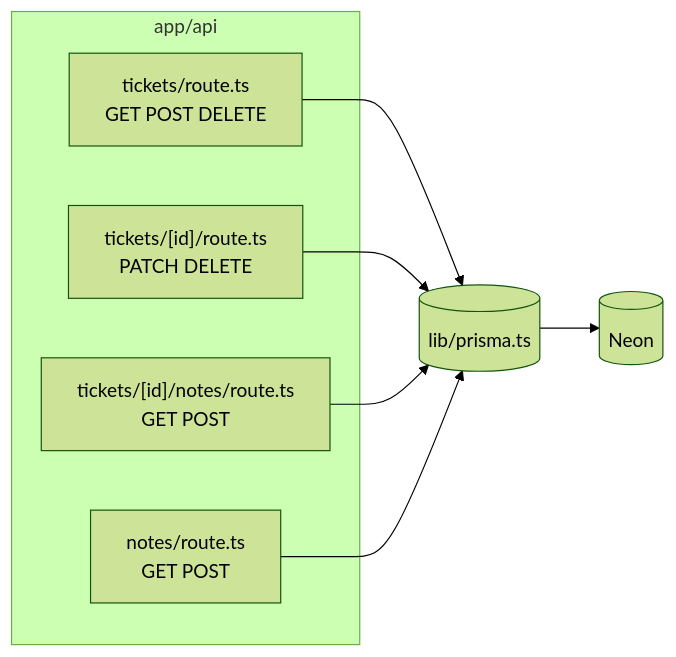
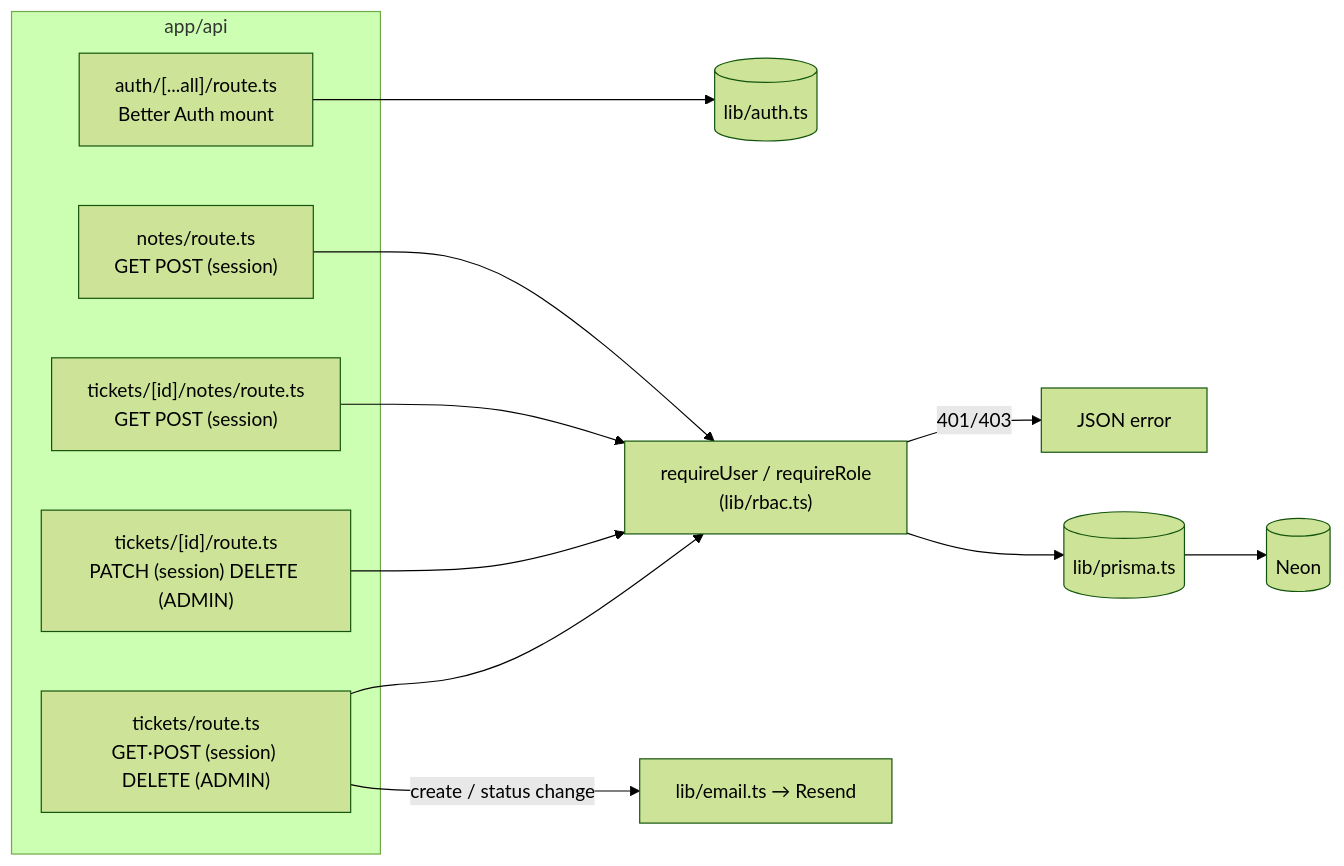
Before and after one commit to greyart93/getic: the seventh of 9 diagrams in ARCHITECTURE.md, drawn with Mermaid (forest theme). The commit also changed other lines of this file and 106 other files, not shown here.

Commit message:
Added auth. landing page, organization, and roles, email notification.

````diff
--- a/ARCHITECTURE.md
+++ b/ARCHITECTURE.md
@@ -211,14 +289,19 @@
 ```mermaid
 flowchart LR
     subgraph app/api
-        T1["tickets/route.ts<br/>GET POST DELETE"]
-        T2["tickets/[id]/route.ts<br/>PATCH DELETE"]
-        N1["tickets/[id]/notes/route.ts<br/>GET POST"]
-        N2["notes/route.ts<br/>GET POST"]
+        A1["auth/[...all]/route.ts<br/>Better Auth mount"]
+        T1["tickets/route.ts<br/>GET·POST (session) DELETE (ADMIN)"]
+        T2["tickets/[id]/route.ts<br/>PATCH (session) DELETE (ADMIN)"]
+        N1["tickets/[id]/notes/route.ts<br/>GET POST (session)"]
+        N2["notes/route.ts<br/>GET POST (session)"]
     end
-    T1 --> P[("lib/prisma.ts")]
-    T2 --> P
-    N1 --> P
-    N2 --> P
+    A1 --> AUTH[("lib/auth.ts")]
+    T1 --> G["requireUser / requireRole<br/>(lib/rbac.ts)"]
+    T2 --> G
+    N1 --> G
+    N2 --> G
+    G -- "401/403" --> X["JSON error"]
+    G --> P[("lib/prisma.ts")]
+    T1 -- "create / status change" --> E["lib/email.ts → Resend"]
     P --> DB[("Neon")]
 ```
````
